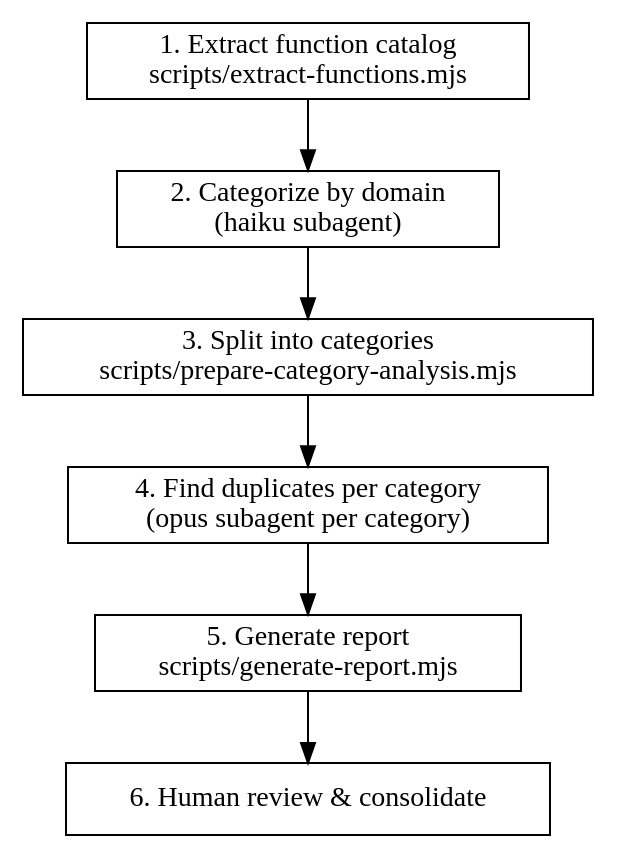
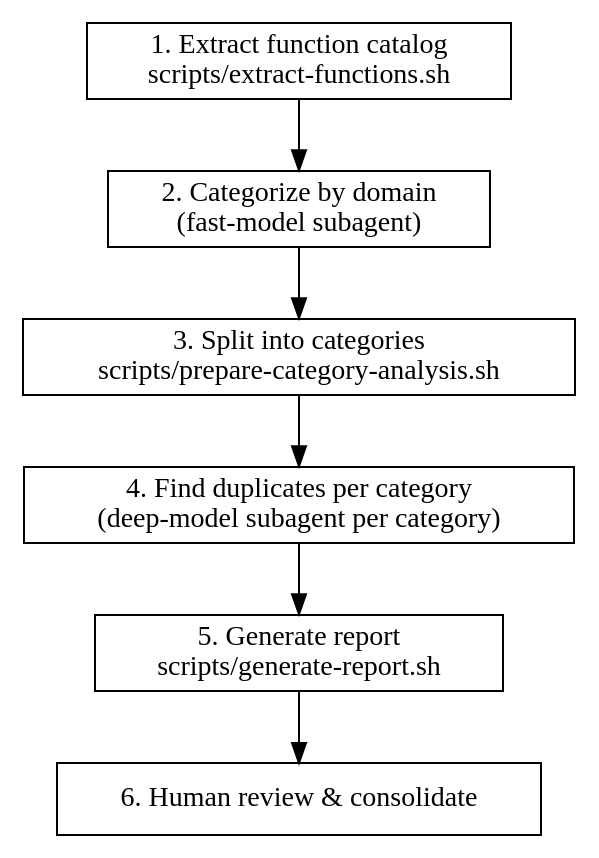
The diagram in plugins/moe/.codex-plugin/skills/finding-duplicate-functions/SKILL.md (zak-keown/moe), drawn with Graphviz before and after one commit. The commit also changed other lines of this file and 922 other files, not shown here.

````diff
--- a/plugins/moe/.codex-plugin/skills/finding-duplicate-functions/SKILL.md
+++ b/plugins/moe/.codex-plugin/skills/finding-duplicate-functions/SKILL.md
@@ -33,15 +33,15 @@
 ```dot
 digraph duplicate_detection {
   rankdir=TB;
   node [shape=box];
 
-  extract [label="1. Extract function catalog\nscripts/extract-functions.mjs"];
-  categorize [label="2. Categorize by domain\n(haiku subagent)"];
-  split [label="3. Split into categories\nscripts/prepare-category-analysis.mjs"];
-  detect [label="4. Find duplicates per category\n(opus subagent per category)"];
-  report [label="5. Generate report\nscripts/generate-report.mjs"];
+  extract [label="1. Extract function catalog\nscripts/extract-functions.sh"];
+  categorize [label="2. Categorize by domain\n(fast-model subagent)"];
+  split [label="3. Split into categories\nscripts/prepare-category-analysis.sh"];
+  detect [label="4. Find duplicates per category\n(deep-model subagent per category)"];
+  report [label="5. Generate report\nscripts/generate-report.sh"];
   review [label="6. Human review & consolidate"];
 
   extract -> categorize -> split -> detect -> report -> review;
 }
 ```
````
